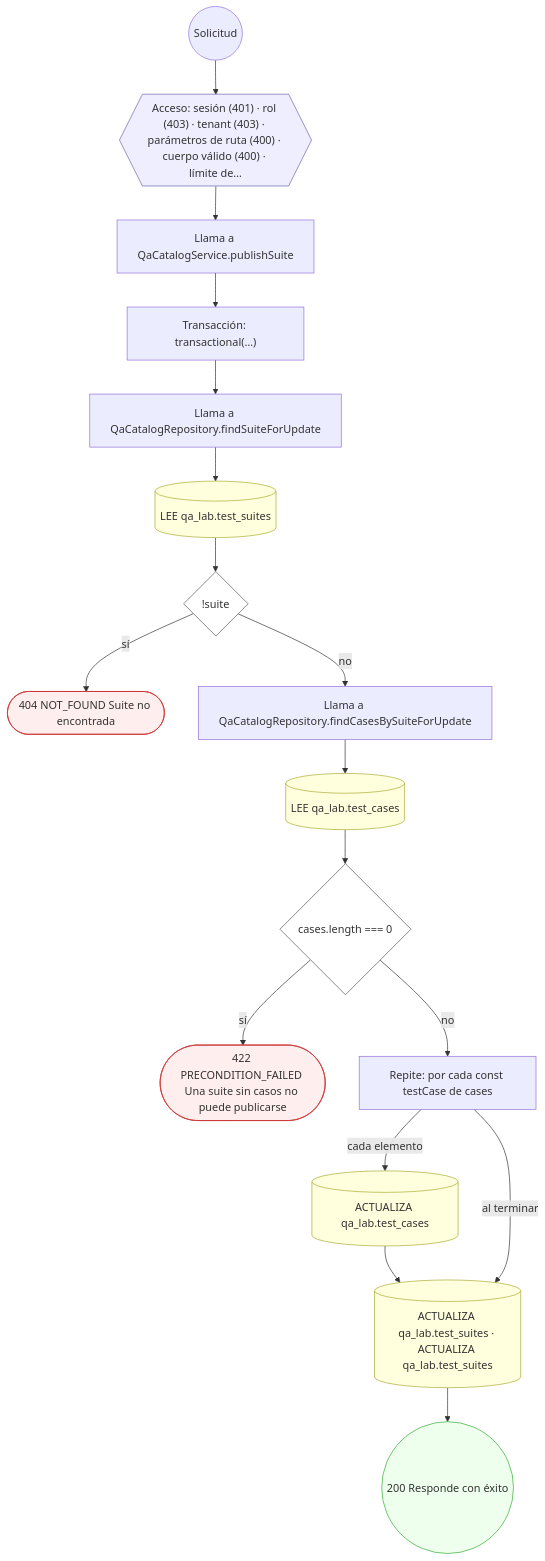
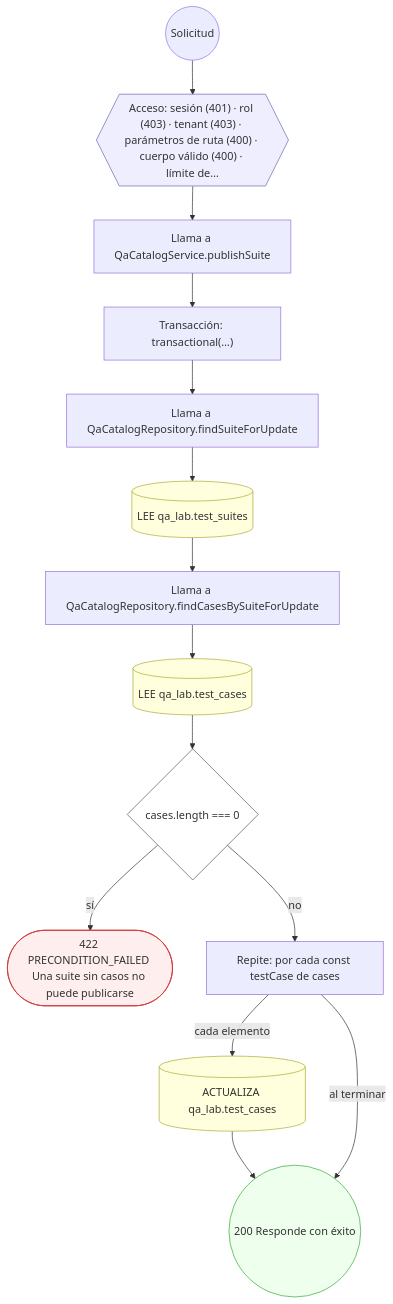
Diagram 17 of 17 in docs/inventario/flujos/qa_lab.md (mdavila-2001/mantra-core-health-api), drawn with Mermaid before and after one commit. The commit also changed other lines of this file and 438 other files, not shown here.

````diff
--- a/docs/inventario/flujos/qa_lab.md
+++ b/docs/inventario/flujos/qa_lab.md
@@ -1298,41 +1178,35 @@
 ```mermaid
 flowchart TD
   n1(("Solicitud")):::inicio
   n2{{"Acceso: sesión (401) · rol (403) · tenant (403) · parámetros de ruta (400) · cuerpo válido (400) · límite de…"}}:::acceso
   n1 --> n2
   n3["Llama a QaCatalogService.publishSuite"]:::llamada
   n2 --> n3
   n4["Transacción: transactional(…)"]:::transaccion
   n3 --> n4
   n5["Llama a QaCatalogRepository.findSuiteForUpdate"]:::llamada
   n4 --> n5
   n6[("LEE qa_lab.test_suites")]:::efecto
   n5 --> n6
-  n7{"!suite"}:::decision
+  n7["Llama a QaCatalogRepository.findCasesBySuiteForUpdate"]:::llamada
   n6 --> n7
-  n8(["404 NOT_FOUND Suite no encontrada"]):::error
-  n7 -->|"sí"| n8
-  n9["Llama a QaCatalogRepository.findCasesBySuiteForUpdate"]:::llamada
-  n7 -->|"no"| n9
-  n10[("LEE qa_lab.test_cases")]:::efecto
-  n9 --> n10
-  n11{"cases.length === 0"}:::decision
-  n10 --> n11
-  n12(["422 PRECONDITION_FAILED Una suite sin casos no puede publicarse"]):::error
-  n11 -->|"sí"| n12
-  n13["Repite: por cada const testCase de cases"]:::bucle
-  n11 -->|"no"| n13
-  n14[("ACTUALIZA qa_lab.test_cases")]:::efecto
-  n13 -->|"cada elemento"| n14
-  n15[("ACTUALIZA qa_lab.test_suites · ACTUALIZA qa_lab.test_suites")]:::efecto
-  n14 --> n15
-  n13 -->|"al terminar"| n15
-  n16(("200 Responde con éxito")):::ok
-  n15 --> n16
+  n8[("LEE qa_lab.test_cases")]:::efecto
+  n7 --> n8
+  n9{"cases.length === 0"}:::decision
+  n8 --> n9
+  n10(["422 PRECONDITION_FAILED Una suite sin casos no puede publicarse"]):::error
+  n9 -->|"sí"| n10
+  n11["Repite: por cada const testCase de cases"]:::bucle
+  n9 -->|"no"| n11
+  n12[("ACTUALIZA qa_lab.test_cases")]:::efecto
+  n11 -->|"cada elemento"| n12
+  n13(("200 Responde con éxito")):::ok
+  n12 --> n13
+  n11 -->|"al terminar"| n13
   classDef acceso fill:#eef,stroke:#66a
   classDef error fill:#fee,stroke:#c33
   classDef ok fill:#efe,stroke:#3a3
   classDef efecto fill:#ffd,stroke:#aa3
   classDef decision fill:#fff,stroke:#555
   classDef corte fill:#eee,stroke:#999,stroke-dasharray: 4
 ```
````
